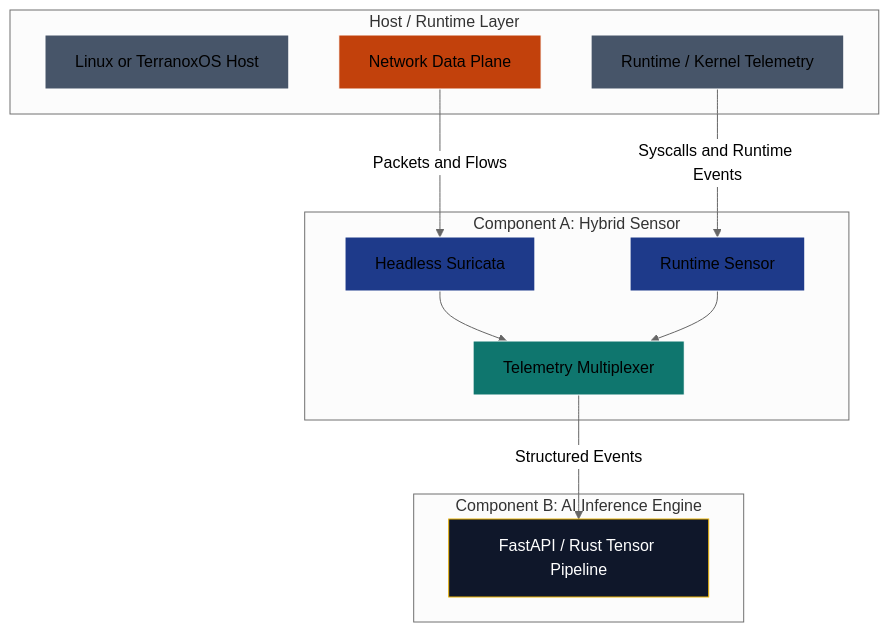
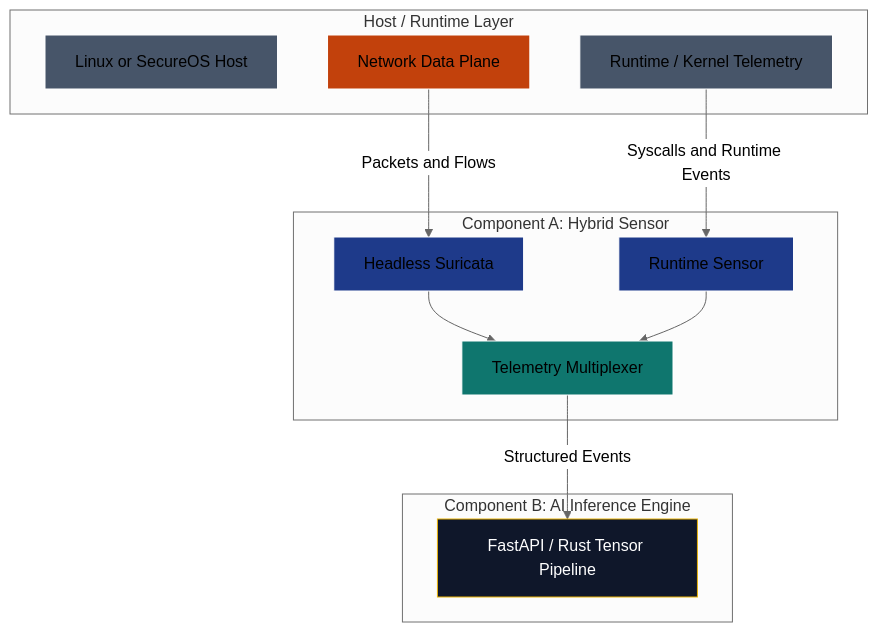
Before and after one commit to acald-creator/core-nexus: the diagram in docs/architecture/05-sensor-deep-dive.md, drawn with Mermaid (neutral theme). The commit also changed other lines of this file and 12 other files, not shown here.

````diff
--- a/docs/architecture/05-sensor-deep-dive.md
+++ b/docs/architecture/05-sensor-deep-dive.md
@@ -49,32 +49,32 @@
 ```mermaid
 graph TD
     subgraph "Host / Runtime Layer"
-        A[Linux or TerranoxOS Host]
+        A[Linux or SecureOS Host]
         B[Network Data Plane]
         C[Runtime / Kernel Telemetry]
     end
 
     subgraph "Component A: Hybrid Sensor"
         D[Headless Suricata]
         E[Runtime Sensor]
         F[Telemetry Multiplexer]
     end
 
     subgraph "Component B: AI Inference Engine"
         G[FastAPI / Rust Tensor Pipeline]
     end
 
     B -->|Packets and Flows| D
     C -->|Syscalls and Runtime Events| E
     D --> F
     E --> F
     F -->|Structured Events| G
 
     style A fill:#475569,stroke:#fff
     style B fill:#c2410c,stroke:#fff
     style C fill:#475569,stroke:#fff
     style D fill:#1e3a8a,stroke:#fff
     style E fill:#1e3a8a,stroke:#fff
     style F fill:#0f766e,stroke:#fff
     style G fill:#0f172a,stroke:#eab308,color:#fff
 ```
````
